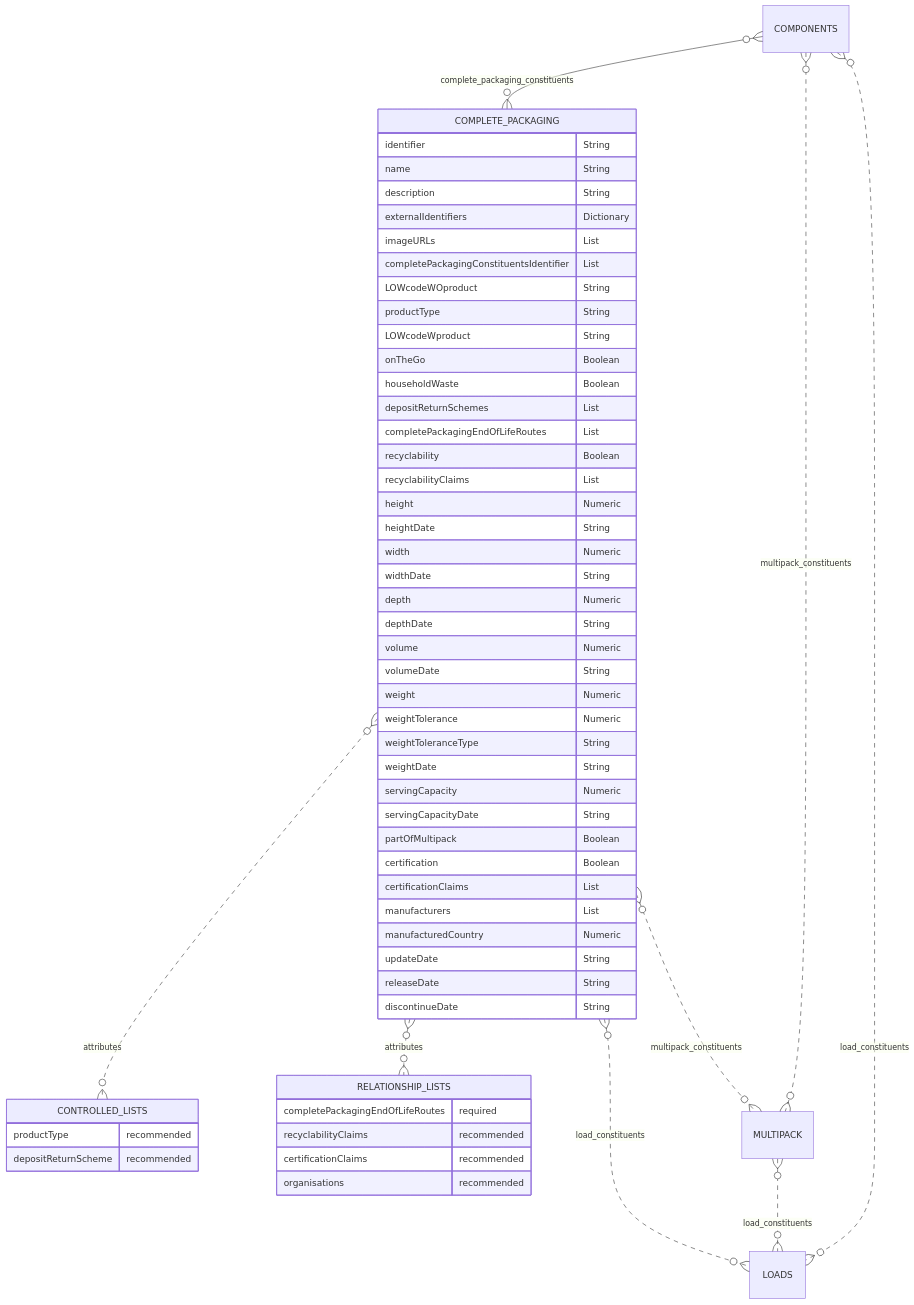
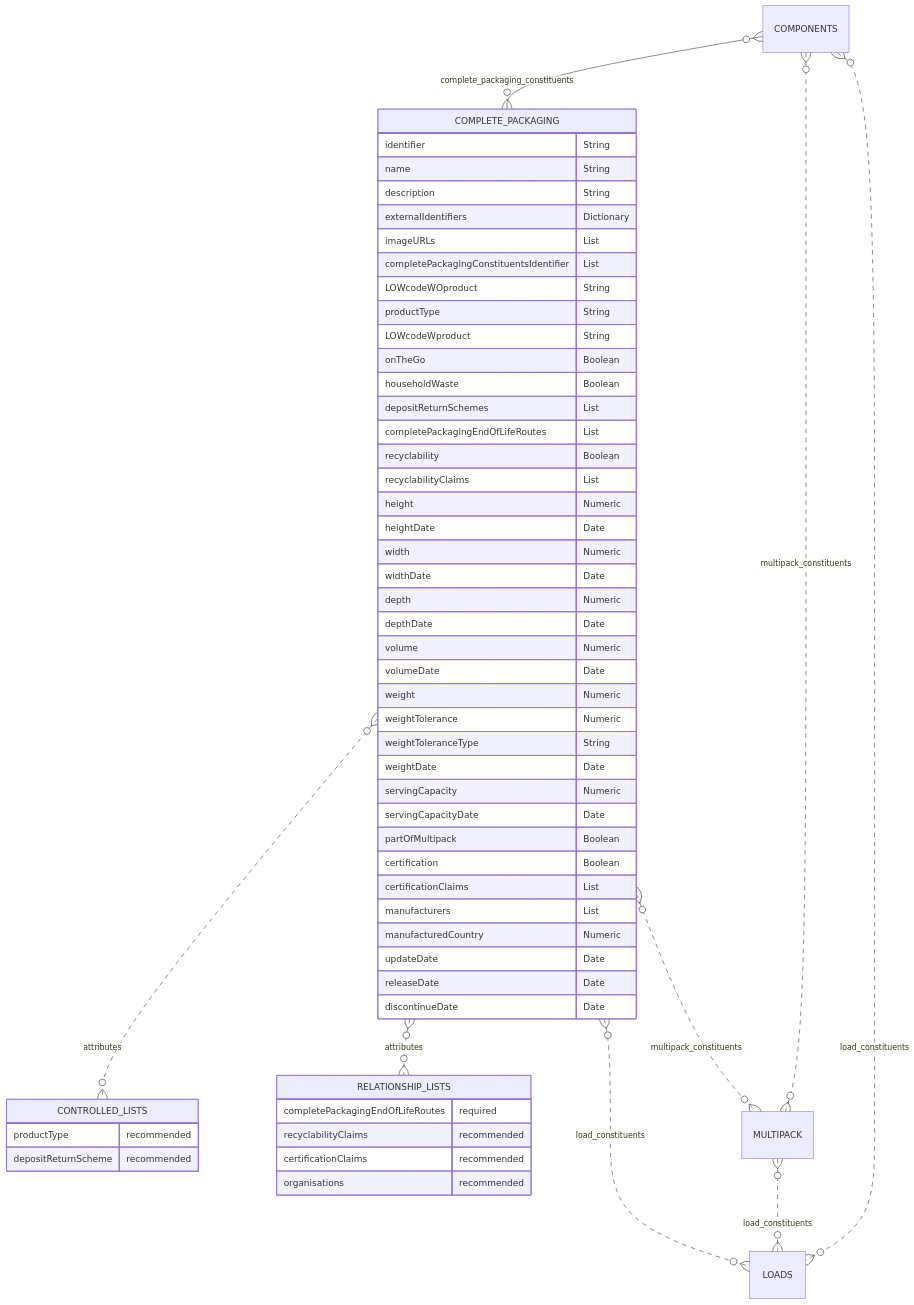
Before and after one commit to OpenDataManchester/Open3P: the diagram in docs/3_Data_Specification/3_4_Complete_Packaging.md, drawn with Mermaid. The commit also changed other lines of this file, not shown here.

Commit message:
Update date to ISO 8601

````diff
--- a/docs/3_Data_Specification/3_4_Complete_Packaging.md
+++ b/docs/3_Data_Specification/3_4_Complete_Packaging.md
@@ -53,60 +53,60 @@
 ``` mermaid
 erDiagram
 COMPONENTS }o--o{ COMPLETE_PACKAGING : complete_packaging_constituents
   COMPLETE_PACKAGING {
     identifier String
     name String
     description String
     externalIdentifiers Dictionary
     imageURLs List
     completePackagingConstituentsIdentifier List
     LOWcodeWOproduct String
     productType String
     LOWcodeWproduct String
     onTheGo Boolean
     householdWaste Boolean
     depositReturnSchemes List
     completePackagingEndOfLifeRoutes List
     recyclability Boolean
     recyclabilityClaims List
     height Numeric
-    heightDate String
+    heightDate Date
     width Numeric
-    widthDate String
+    widthDate Date
     depth Numeric
-    depthDate String
+    depthDate Date
     volume Numeric
-    volumeDate String
+    volumeDate Date
     weight Numeric
     weightTolerance Numeric
     weightToleranceType String
-    weightDate String
+    weightDate Date
     servingCapacity Numeric
-    servingCapacityDate String
+    servingCapacityDate Date
     partOfMultipack Boolean
     certification Boolean
     certificationClaims List
     manufacturers List
     manufacturedCountry Numeric
-    updateDate String
-    releaseDate String
-    discontinueDate String
+    updateDate Date
+    releaseDate Date
+    discontinueDate Date
   }
   COMPLETE_PACKAGING }o..o{ CONTROLLED_LISTS : attributes
   COMPLETE_PACKAGING }O..O{ RELATIONSHIP_LISTS : attributes
   COMPLETE_PACKAGING }o..o{ MULTIPACK : multipack_constituents
   COMPONENTS }o..o{ MULTIPACK : multipack_constituents
   COMPLETE_PACKAGING }o..o{ LOADS : load_constituents
   MULTIPACK }o..o{ LOADS : load_constituents
   COMPONENTS }o..o{ LOADS : load_constituents
       CONTROLLED_LISTS {
       productType recommended
       depositReturnScheme recommended
     }
     RELATIONSHIP_LISTS {
       completePackagingEndOfLifeRoutes required
       recyclabilityClaims recommended
       certificationClaims recommended
       organisations recommended
     }
 ```
````
